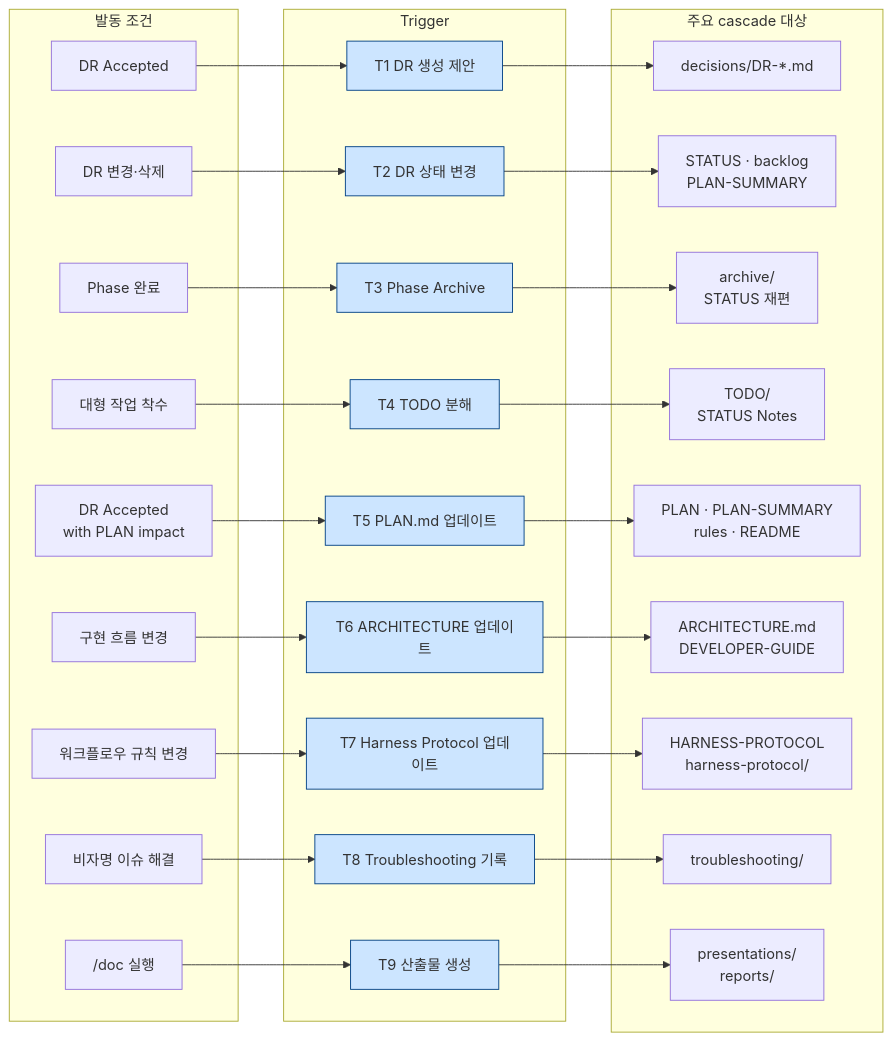
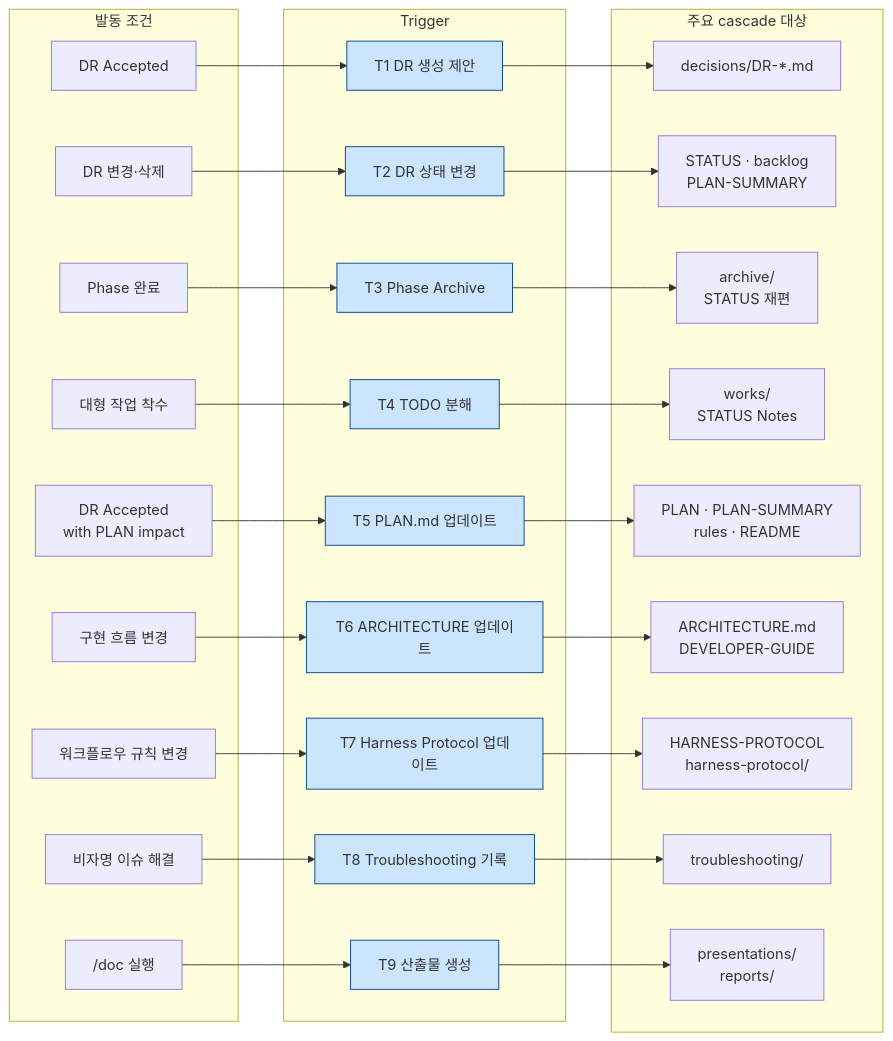
Diagram 13 of 13 in docs/WORKFLOW-MANUAL.md (kyungseo/ai-workflow-harness), drawn with Mermaid before and after one commit. The commit also changed other lines of this file and 2 other files, not shown here.

````diff
--- a/docs/WORKFLOW-MANUAL.md
+++ b/docs/WORKFLOW-MANUAL.md
@@ -922,68 +935,68 @@
 ```mermaid
 flowchart LR
     subgraph EVENTS ["발동 조건"]
         E1["DR Accepted"]
         E1P["DR Accepted\nwith PLAN impact"]
         E2["DR 변경·삭제"]
         E3["Phase 완료"]
         E4["대형 작업 착수"]
         E5["구현 흐름 변경"]
         E6["워크플로우 규칙 변경"]
         E7["비자명 이슈 해결"]
         E8["/doc 실행"]
     end
 
     subgraph TRIGS ["Trigger"]
         T1["T1 DR 생성 제안"]
         T2["T2 DR 상태 변경"]
         T3["T3 Phase Archive"]
         T4["T4 TODO 분해"]
         T5["T5 PLAN.md 업데이트"]
         T6["T6 ARCHITECTURE 업데이트"]
         T7["T7 Harness Protocol 업데이트"]
         T8["T8 Troubleshooting 기록"]
         T9["T9 산출물 생성"]
     end
 
     subgraph CASCADE ["주요 cascade 대상"]
         C1["decisions/DR-*.md"]
         C2["STATUS · backlog\nPLAN-SUMMARY"]
         C3["archive/\nSTATUS 재편"]
-        C4["TODO/\nSTATUS Notes"]
+        C4["works/\nSTATUS Notes"]
         C5["PLAN · PLAN-SUMMARY\nrules · README"]
         C6["ARCHITECTURE.md\nDEVELOPER-GUIDE"]
         C7["HARNESS-PROTOCOL\nharness-protocol/"]
         C8["troubleshooting/"]
         C9["presentations/\nreports/"]
     end
 
     E1 --> T1
     E1P --> T5
     E2 --> T2
     E3 --> T3
     E4 --> T4
     E5 --> T6
     E6 --> T7
     E7 --> T8
     E8 --> T9
 
     T1 --> C1
     T2 --> C2
     T3 --> C3
     T4 --> C4
     T5 --> C5
     T6 --> C6
     T7 --> C7
     T8 --> C8
     T9 --> C9
 
     style T1 fill:#cce5ff,stroke:#004085
     style T2 fill:#cce5ff,stroke:#004085
     style T3 fill:#cce5ff,stroke:#004085
     style T4 fill:#cce5ff,stroke:#004085
     style T5 fill:#cce5ff,stroke:#004085
     style T6 fill:#cce5ff,stroke:#004085
     style T7 fill:#cce5ff,stroke:#004085
     style T8 fill:#cce5ff,stroke:#004085
     style T9 fill:#cce5ff,stroke:#004085
 ```
````
